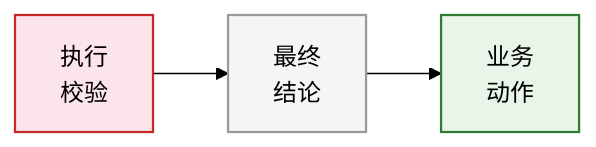
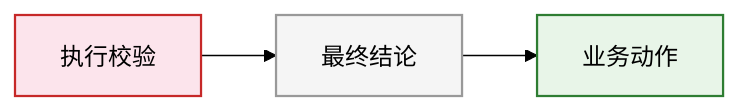
The eighth of 11 diagrams in source/_posts/bi-evolution-6-ai-native-restructure.md (BillZong/BillZong.github.io), drawn with Mermaid (forest theme) before and after one commit. The commit also changed other lines of this file, not shown here.

First line of the commit message:
fix(BI-ch6): remove \n from mermaid labels

```diff
--- a/source/_posts/bi-evolution-6-ai-native-restructure.md
+++ b/source/_posts/bi-evolution-6-ai-native-restructure.md
@@ -442,12 +442,12 @@
 {% mermaid %}
 flowchart LR
     classDef entry fill:#fff3b0,stroke:#b58900,color:#000,stroke-width:1.5px
     classDef decision fill:#fce4ec,stroke:#c62828,color:#000,stroke-width:1.5px
     classDef exit fill:#e8f5e8,stroke:#2e7d32,color:#000,stroke-width:1.5px
     classDef normal fill:#f5f5f5,stroke:#999,color:#000,stroke-width:1.5px
 
-    H["执行\n校验"]:::decision
-    I["最终\n结论"]:::normal
-    J["业务\n动作"]:::exit
+    H["执行校验"]:::decision
+    I["最终结论"]:::normal
+    J["业务动作"]:::exit
     H --> I --> J
 {% endmermaid %}
```
